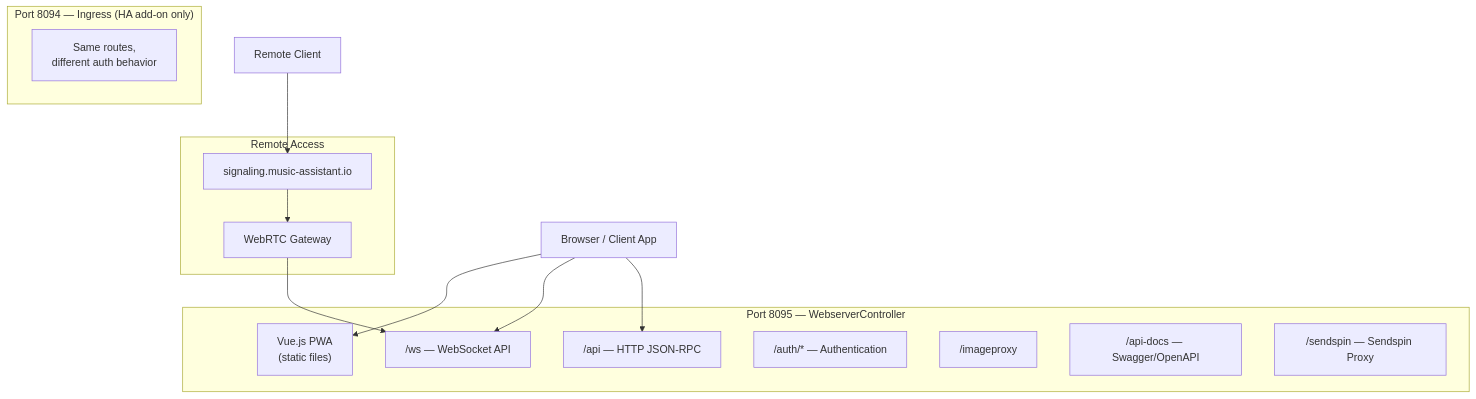
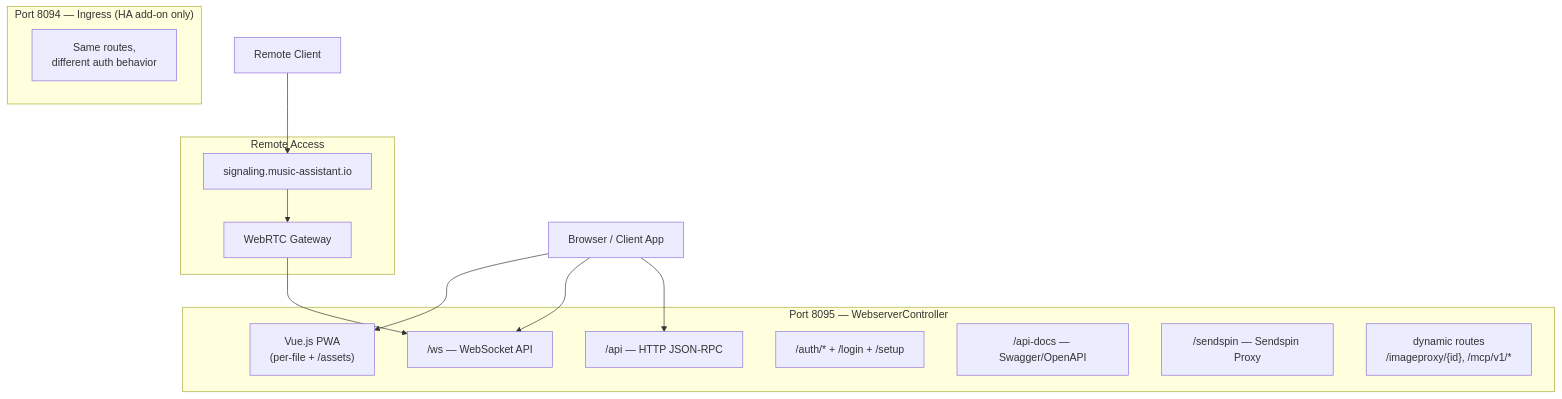
Before and after one commit to theturtle32/music-assistant-server: the first of 3 diagrams in docs/architecture/12-webserver-api.md, drawn with Mermaid. The commit also changed other lines of this file and 3 other files, not shown here.

First line of the commit message:
docs(architecture): webserver transport fixes and new authentication doc

````diff
--- a/docs/architecture/12-webserver-api.md
+++ b/docs/architecture/12-webserver-api.md
@@ -9,28 +11,28 @@
 ```mermaid
 graph TB
     subgraph "Port 8095 — WebserverController"
-        Frontend["Vue.js PWA<br/>(static files)"]
+        Frontend["Vue.js PWA<br/>(per-file + /assets)"]
         WS["/ws — WebSocket API"]
         HTTP["/api — HTTP JSON-RPC"]
-        Auth["/auth/* — Authentication"]
-        ImgProxy["/imageproxy"]
+        Auth["/auth/* + /login + /setup"]
         APIDocs["/api-docs — Swagger/OpenAPI"]
         Sendspin["/sendspin — Sendspin Proxy"]
+        Dynamic["dynamic routes<br/>/imageproxy/{id}, /mcp/v1/*"]
     end
 
     subgraph "Port 8094 — Ingress (HA add-on only)"
         IngressRoutes["Same routes,<br/>different auth behavior"]
     end
 
     subgraph "Remote Access"
         Gateway["WebRTC Gateway"]
         Signaling["signaling.music-assistant.io"]
     end
 
     Client["Browser / Client App"] --> Frontend
     Client --> WS
     Client --> HTTP
     RemoteClient["Remote Client"] --> Signaling
     Signaling --> Gateway
     Gateway --> WS
 ```
````
